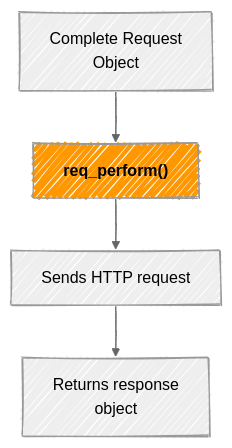
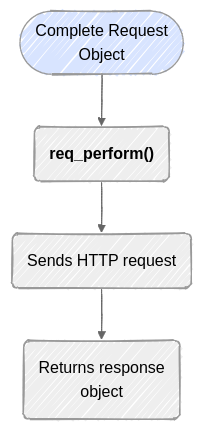
Before and after one commit to mjfrigaard/do4ds-labs: the fourth of 10 diagrams in r-app-api.qmd, drawn with Mermaid. The commit also changed other lines of this file and 18 other files, not shown here.

````diff
--- a/r-app-api.qmd
+++ b/r-app-api.qmd
@@ -382,13 +382,13 @@
 ```{mermaid}
 %%| fig-width: 6.5
 %%| fig-align: center
 %%{init: {'theme': 'neutral', 'look': 'handDrawn', 'themeVariables': { 'fontFamily': 'monospace'}}}%%
 
 graph TD
-	A["Complete Request<br>Object"] --> B["<strong>req_perform()</strong>"]
-	B --> C["Sends HTTP request"]
-	C --> D["Returns response<br>object"]
+	A(["Complete Request<br>Object"]) --> B("<strong>req_perform()</strong>")
+	B --> C("Sends HTTP request")
+	C --> D("Returns response<br>object")
 
-style B fill:#ff9800,color:#000
+style A fill:#d8e4ff
 
 ```
````
